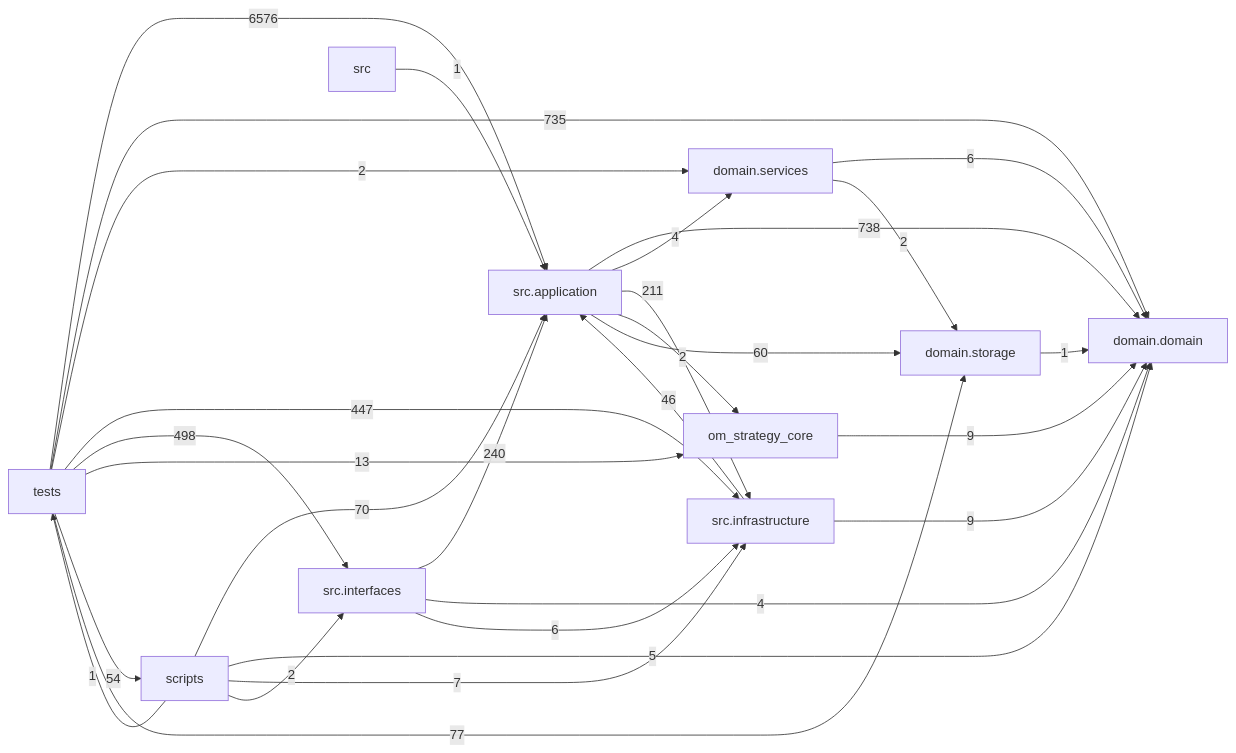
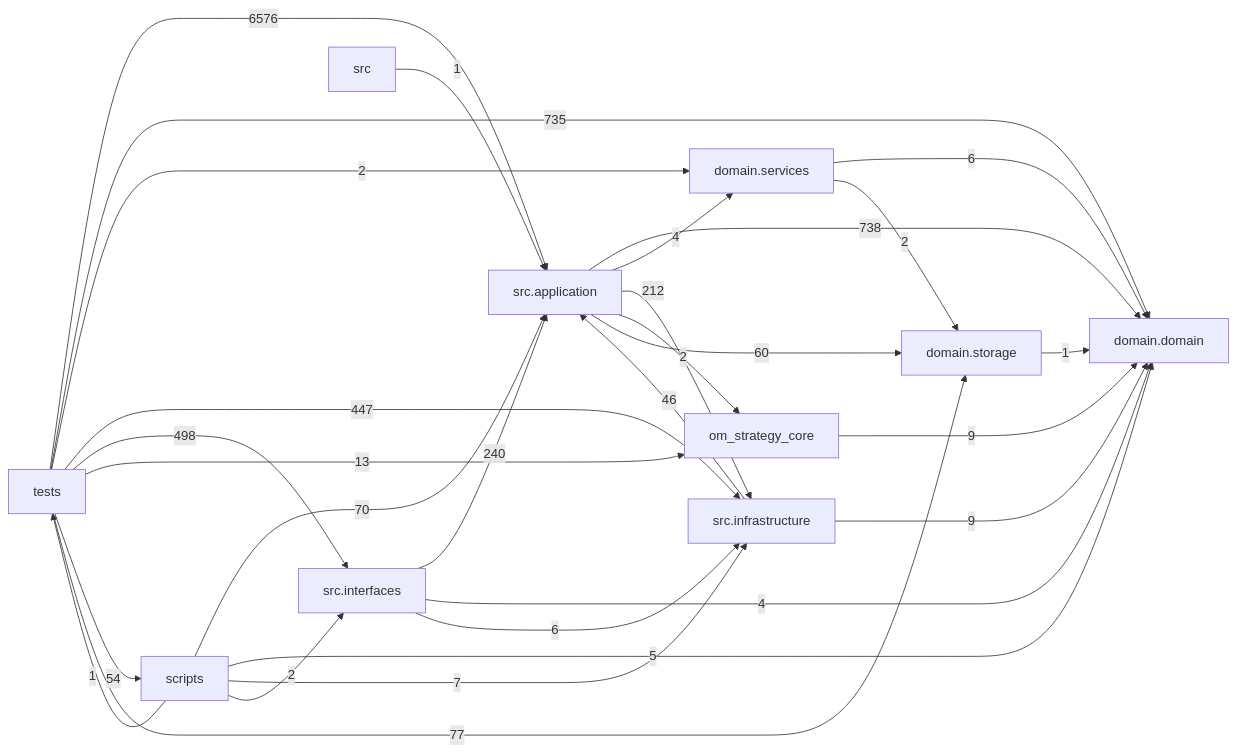
One commit to liuxie066/options-monitor changed the diagram in docs/DEPENDENCY_GRAPH.md. Above: the diagram before and after it, drawn with Mermaid. The commit also changed other lines of this file and 3 other files, not shown here.

````diff
--- a/docs/DEPENDENCY_GRAPH.md
+++ b/docs/DEPENDENCY_GRAPH.md
@@ -24,39 +24,39 @@
 ```mermaid
 flowchart LR
   tests["tests"]
   scripts["scripts"]
   interfaces["src.interfaces"]
   application["src.application"]
   infrastructure["src.infrastructure"]
   domain_services["domain.services"]
   domain["domain.domain"]
   storage["domain.storage"]
   application -->|738| domain
   application -->|4| domain_services
-  application -->|211| infrastructure
+  application -->|212| infrastructure
   application -->|2| om_strategy_core
   application -->|60| storage
   domain_services -->|6| domain
   domain_services -->|2| storage
   infrastructure -->|46| application
   infrastructure -->|9| domain
   interfaces -->|240| application
   interfaces -->|4| domain
   interfaces -->|6| infrastructure
   om_strategy_core -->|9| domain
   scripts -->|70| application
   scripts -->|5| domain
   scripts -->|7| infrastructure
   scripts -->|2| interfaces
   scripts -->|1| tests
   src -->|1| application
   storage -->|1| domain
   tests -->|6576| application
   tests -->|735| domain
   tests -->|2| domain_services
   tests -->|447| infrastructure
   tests -->|498| interfaces
   tests -->|13| om_strategy_core
   tests -->|54| scripts
   tests -->|77| storage
 ```
````
